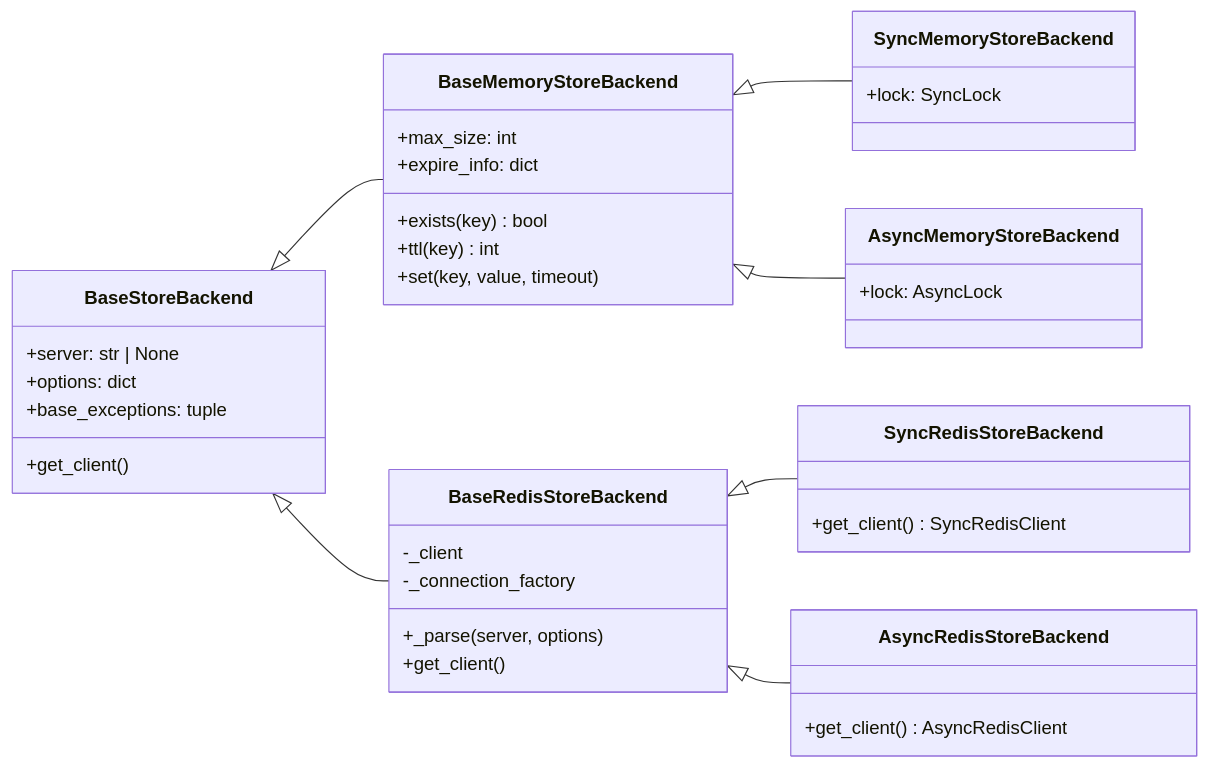
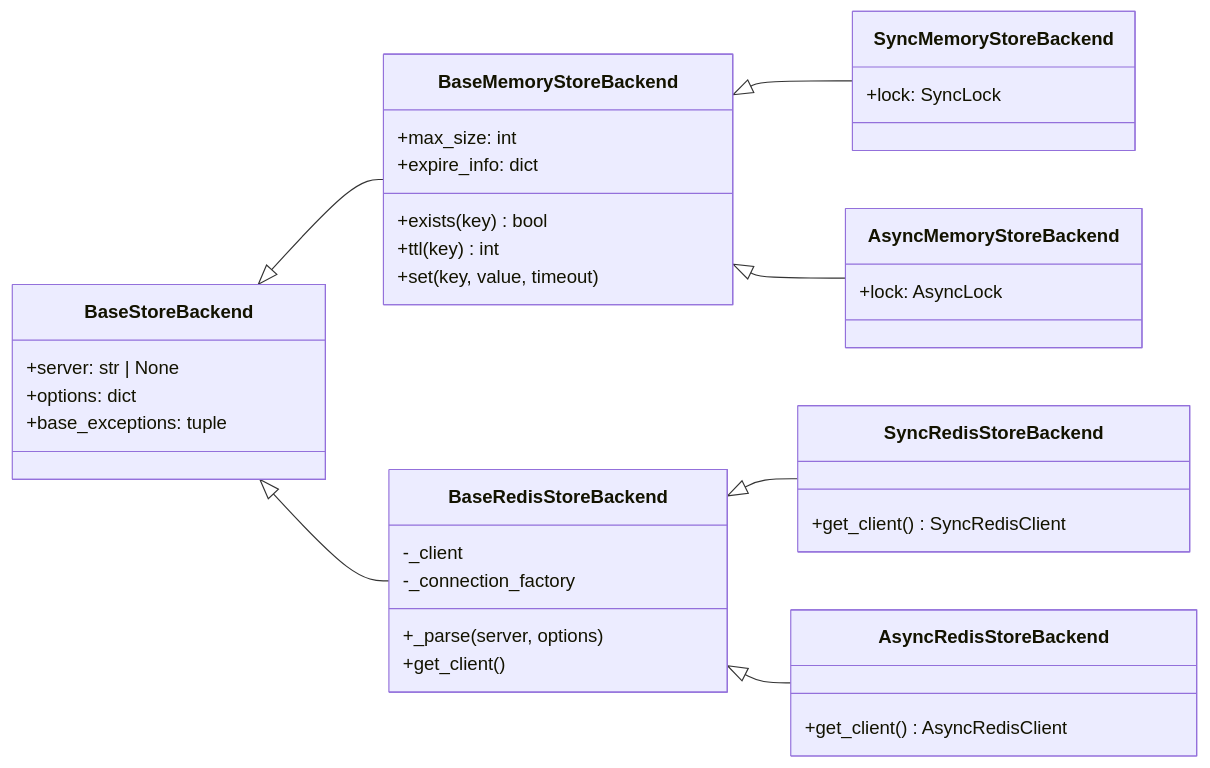
Before and after one commit to ZhuoZhuoCrayon/ai-workspace: the second of 6 diagrams in knowledge/throttled-py/issues/2026-05-06-store-typing-abstraction-refactor/PLAN.md, drawn with Mermaid. The commit also changed other lines of this file, not shown here.

````diff
--- a/knowledge/throttled-py/issues/2026-05-06-store-typing-abstraction-refactor/PLAN.md
+++ b/knowledge/throttled-py/issues/2026-05-06-store-typing-abstraction-refactor/PLAN.md
@@ -188,43 +199,42 @@
 ```mermaid
 classDiagram
     direction LR
 
     class BaseStoreBackend {
         +server: str | None
         +options: dict
         +base_exceptions: tuple
-        +get_client()
     }
     class BaseMemoryStoreBackend {
         +max_size: int
         +expire_info: dict
         +exists(key) bool
         +ttl(key) int
         +set(key, value, timeout)
     }
     class SyncMemoryStoreBackend {
         +lock: SyncLock
     }
     class AsyncMemoryStoreBackend {
         +lock: AsyncLock
     }
     class BaseRedisStoreBackend {
         -_client
         -_connection_factory
         +_parse(server, options)
         +get_client()
     }
     class SyncRedisStoreBackend {
         +get_client() SyncRedisClient
     }
     class AsyncRedisStoreBackend {
         +get_client() AsyncRedisClient
     }
 
     BaseStoreBackend <|-- BaseMemoryStoreBackend
     BaseStoreBackend <|-- BaseRedisStoreBackend
     BaseMemoryStoreBackend <|-- SyncMemoryStoreBackend
     BaseMemoryStoreBackend <|-- AsyncMemoryStoreBackend
     BaseRedisStoreBackend <|-- SyncRedisStoreBackend
     BaseRedisStoreBackend <|-- AsyncRedisStoreBackend
 ```
````
